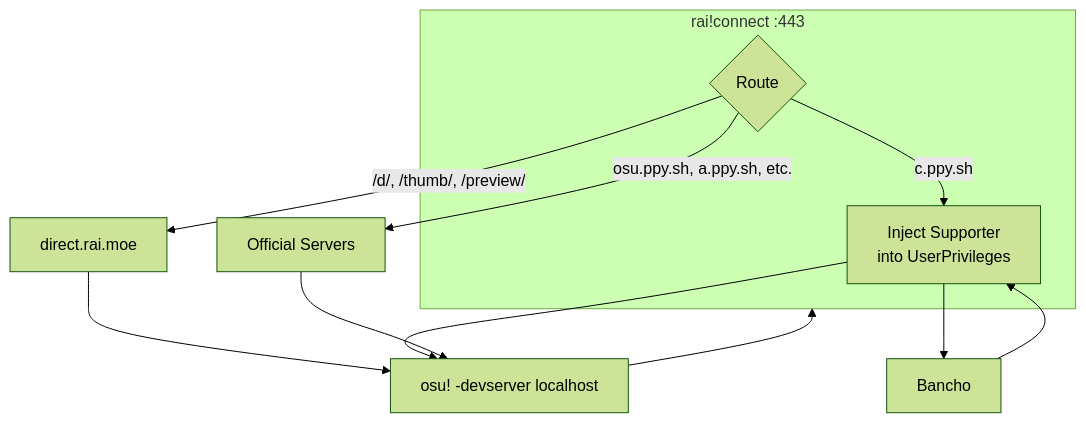
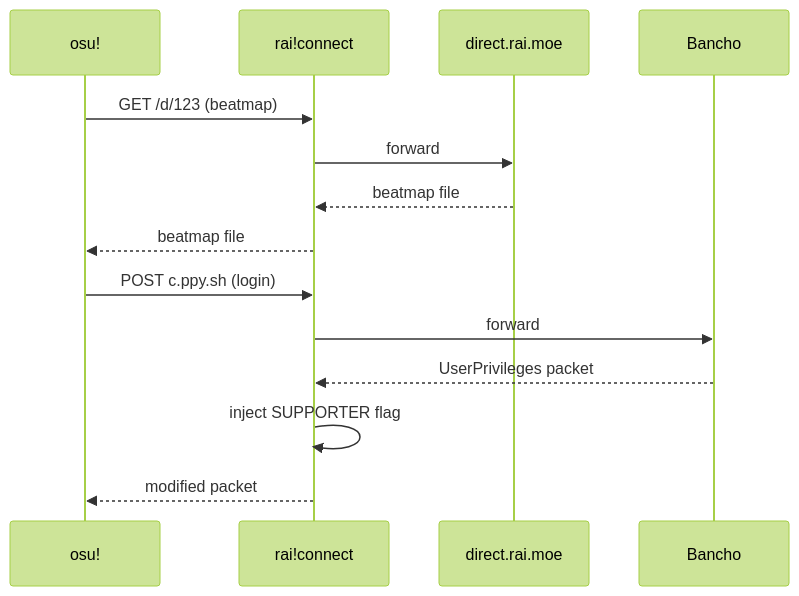
One commit to rai-osu/connect changed the diagram in README.md. Above: the diagram before and after it, drawn with Mermaid (forest theme). The commit also changed other lines of this file and 4 other files, not shown here.

````diff
--- a/README.md
+++ b/README.md
@@ -7,16 +7,18 @@
 ```mermaid
-flowchart TB
-    subgraph proxy[rai!connect :443]
-        router{Route}
-        inject[Inject Supporter<br/>into UserPrivileges]
-    end
+sequenceDiagram
+    participant osu as osu!
+    participant proxy as rai!connect
+    participant mirror as direct.rai.moe
+    participant bancho as Bancho
 
-    osu[osu! -devserver localhost] --> proxy
-    router -->|/d/, /thumb/, /preview/| mirror[direct.rai.moe]
-    router -->|c.ppy.sh| inject --> bancho[Bancho]
-    router -->|osu.ppy.sh, a.ppy.sh, etc.| official[Official Servers]
+    osu->>proxy: GET /d/123 (beatmap)
+    proxy->>mirror: forward
+    mirror-->>proxy: beatmap file
+    proxy-->>osu: beatmap file
 
-    mirror --> osu
-    bancho --> inject --> osu
-    official --> osu
+    osu->>proxy: POST c.ppy.sh (login)
+    proxy->>bancho: forward
+    bancho-->>proxy: UserPrivileges packet
+    proxy->>proxy: inject SUPPORTER flag
+    proxy-->>osu: modified packet
 ```
````
